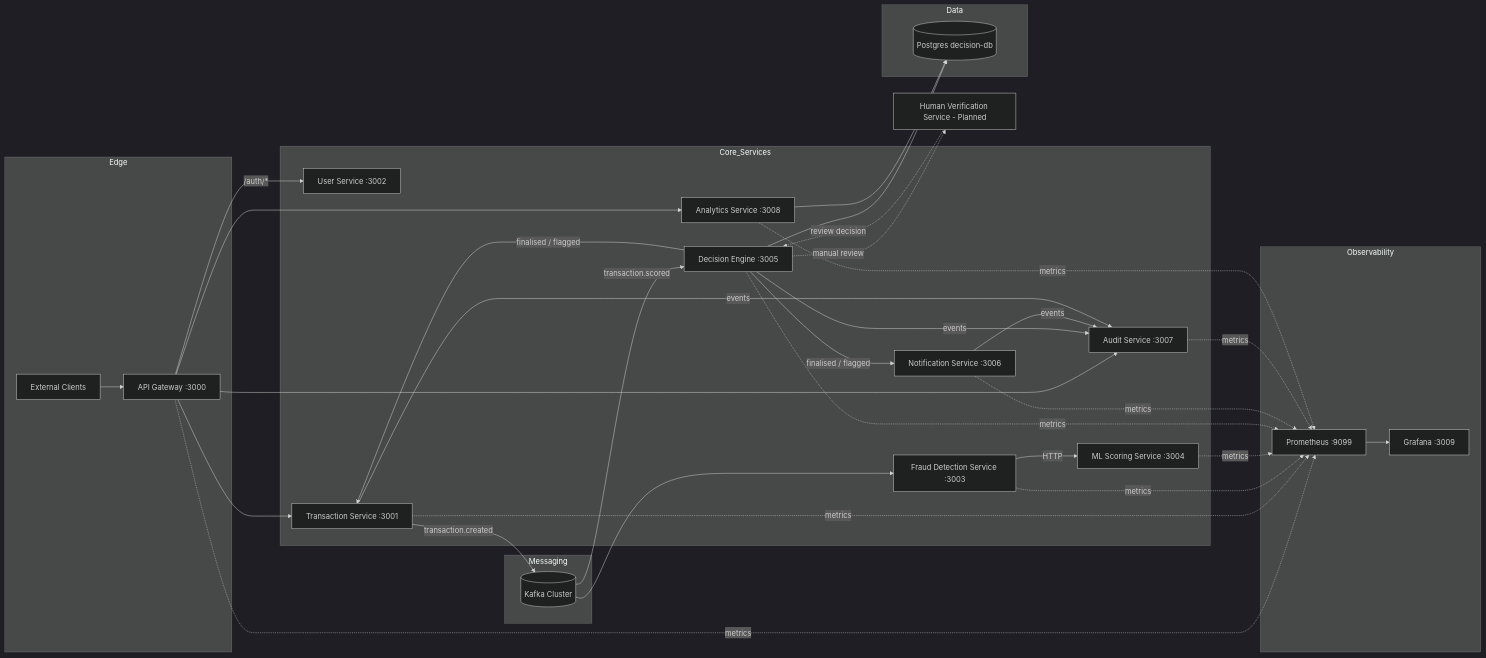
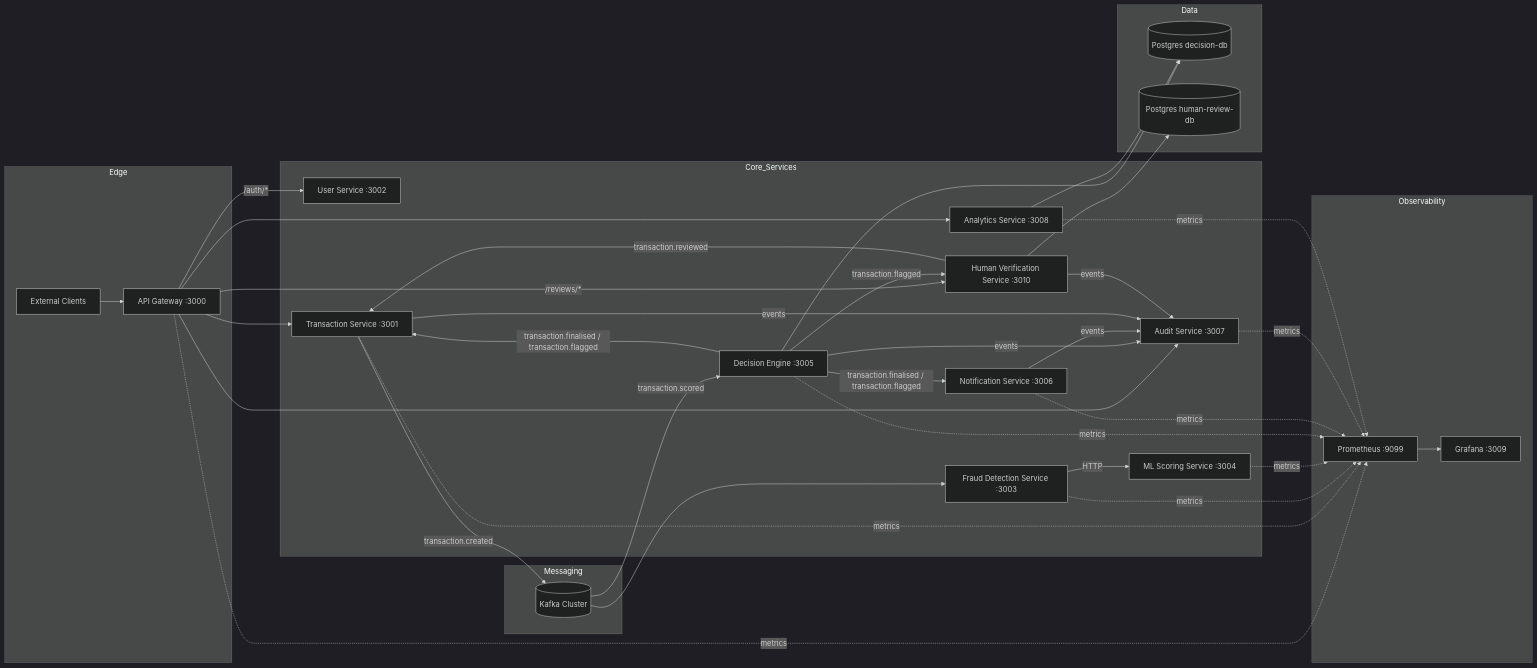
Before and after one commit to Naren3333/fraud-detection-system: the diagram in README.md, drawn with Mermaid (dark theme). The commit also changed other lines of this file, not shown here.

Commit message:
minor MD update

```diff
--- a/README.md
+++ b/README.md
@@ -26,6 +26,7 @@
     Fraud[Fraud Detection Service :3003]
     ML[ML Scoring Service :3004]
     Decision[Decision Engine :3005]
+    HumanVerify[Human Verification Service :3010]
     Notification[Notification Service :3006]
     Audit[Audit Service :3007]
     Analytics[Analytics Service :3008]
@@ -44,6 +45,7 @@
 %% =====================================================
 subgraph Data
     DecisionDB[(Postgres decision-db)]
+    HumanReviewDB[(Postgres human-review-db)]
 end
 
 %% =====================================================
@@ -63,16 +65,20 @@
 Gateway --> Transaction
 Gateway --> Analytics
 Gateway --> Audit
+Gateway -- "/reviews/*" --> HumanVerify
 
 Transaction -- "transaction.created" --> Kafka
 Kafka --> Fraud
 Fraud -- HTTP --> ML
 Kafka -- "transaction.scored" --> Decision
 
-Decision -- "finalised / flagged" --> Notification
-Decision -- "finalised / flagged" --> Transaction
+Decision -- "transaction.finalised / transaction.flagged" --> Notification
+Decision -- "transaction.finalised / transaction.flagged" --> Transaction
+Decision -- "transaction.flagged" --> HumanVerify
+HumanVerify -- "transaction.reviewed" --> Transaction
 
 Decision --> DecisionDB
+HumanVerify --> HumanReviewDB
 Analytics --> DecisionDB
 
 %% =====================================================
@@ -82,13 +88,7 @@
 Decision -- events --> Audit
 Notification -- events --> Audit
 Transaction -- events --> Audit
-
-%% =====================================================
-%% FUTURE EXTENSIONS
-%% =====================================================
-
-Decision -. manual review .-> HumanVerify[Human Verification Service - Planned]
-HumanVerify -. review decision .-> Decision
+HumanVerify -- events --> Audit
 
 %% =====================================================
 %% METRICS
```
